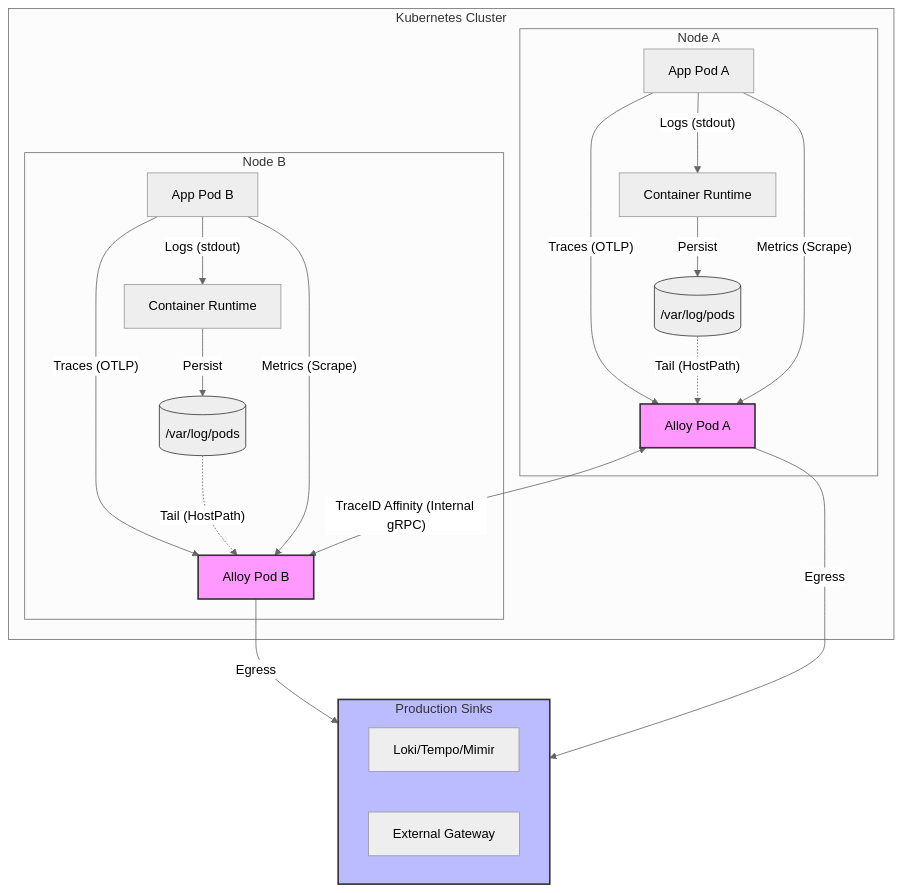
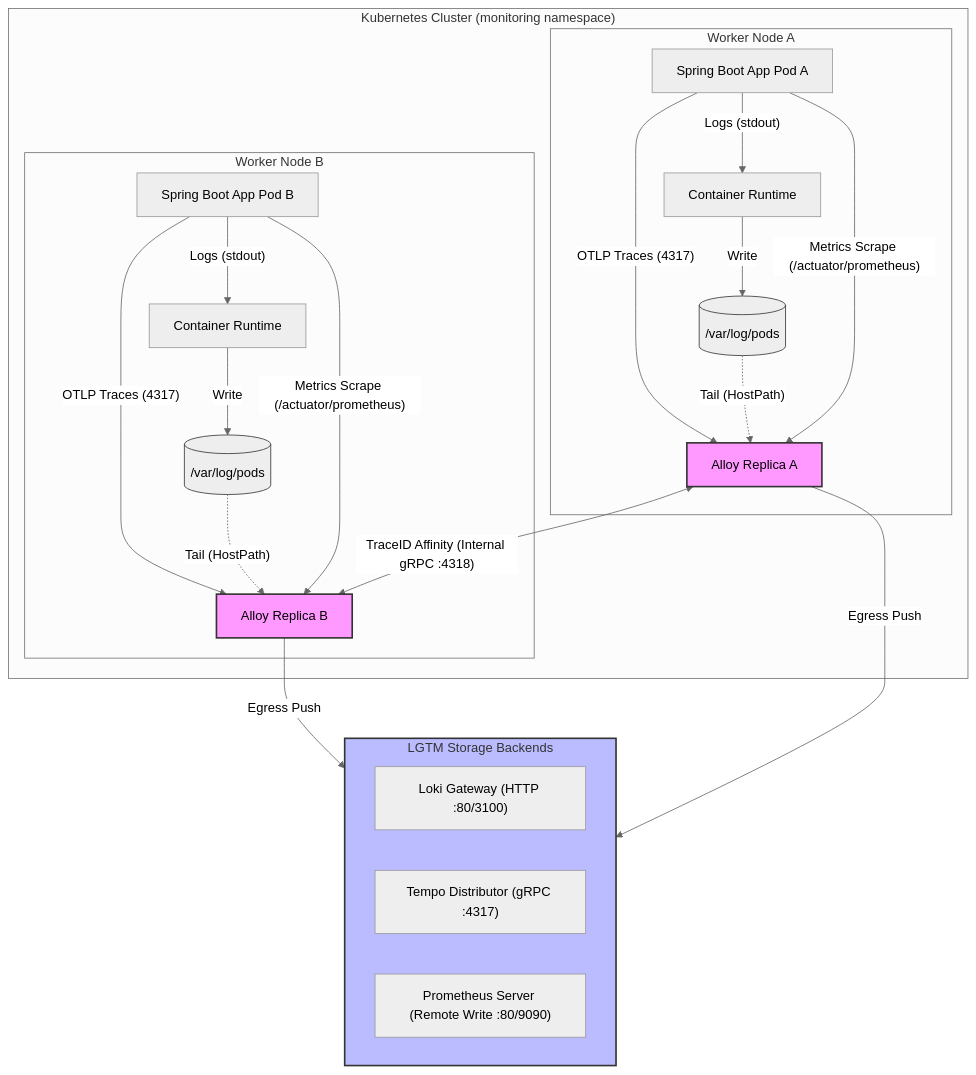
Before and after one commit to bwgjoseph/spring-boot-lgtm: the first of 2 diagrams in ADR/alloy.md, drawn with Mermaid (neutral theme). The commit also changed other lines of this file and 10 other files, not shown here.

````diff
--- a/ADR/alloy.md
+++ b/ADR/alloy.md
@@ -12,37 +14,38 @@
 ```mermaid
 flowchart TD
-    subgraph Cluster [Kubernetes Cluster]
-        subgraph Node_A [Node A]
-            AppA[App Pod A] -- "Traces (OTLP)" --> AlloyA[Alloy Pod A]
-            AppA -- "Logs (stdout)" --> RuntimeA[Container Runtime]
-            RuntimeA -- "Persist" --> DiskA[("/var/log/pods")]
+    subgraph Cluster ["Kubernetes Cluster (monitoring namespace)"]
+        subgraph Node_A ["Worker Node A"]
+            AppA["Spring Boot App Pod A"] -- "OTLP Traces (4317)" --> AlloyA["Alloy Replica A"]
+            AppA -- "Logs (stdout)" --> RuntimeA["Container Runtime"]
+            RuntimeA -- "Write" --> DiskA[("/var/log/pods")]
             DiskA -. "Tail (HostPath)" .-> AlloyA
-            AppA -- "Metrics (Scrape)" --> AlloyA
+            AppA -- "Metrics Scrape (/actuator/prometheus)" --> AlloyA
         end
 
-        subgraph Node_B [Node B]
-            AppB[App Pod B] -- "Traces (OTLP)" --> AlloyB[Alloy Pod B]
-            AppB -- "Logs (stdout)" --> RuntimeB[Container Runtime]
-            RuntimeB -- "Persist" --> DiskB[("/var/log/pods")]
+        subgraph Node_B ["Worker Node B"]
+            AppB["Spring Boot App Pod B"] -- "OTLP Traces (4317)" --> AlloyB["Alloy Replica B"]
+            AppB -- "Logs (stdout)" --> RuntimeB["Container Runtime"]
+            RuntimeB -- "Write" --> DiskB[("/var/log/pods")]
             DiskB -. "Tail (HostPath)" .-> AlloyB
-            AppB -- "Metrics (Scrape)" --> AlloyB
+            AppB -- "Metrics Scrape (/actuator/prometheus)" --> AlloyB
         end
 
-        %% ONLY Traces are load-balanced for Tail-Sampling
-        AlloyA <--> |"TraceID Affinity (Internal gRPC)"| AlloyB
+        %% Inter-pod trace affinity load-balancing
+        AlloyA <--> |"TraceID Affinity (Internal gRPC :4318)"| AlloyB
     end
 
-    AlloyA -- "Egress" --> Sinks
-    AlloyB -- "Egress" --> Sinks
+    AlloyA -- "Egress Push" --> Sinks
+    AlloyB -- "Egress Push" --> Sinks
 
-    subgraph Sinks [Production Sinks]
-        LGTM[Loki/Tempo/Mimir]
-        ExtGW[External Gateway]
+    subgraph Sinks ["LGTM Storage Backends"]
+        LOKI["Loki Gateway (HTTP :80/3100)"]
+        TEMPO["Tempo Distributor (gRPC :4317)"]
+        PROM["Prometheus Server (Remote Write :80/9090)"]
     end
 
     style AlloyA fill:#f9f,stroke:#333,stroke-width:2px
     style AlloyB fill:#f9f,stroke:#333,stroke-width:2px
     style Sinks fill:#bbf,stroke:#333,stroke-width:2px
     style DiskA fill:#eee,stroke:#333
     style DiskB fill:#eee,stroke:#333
 ```
````
